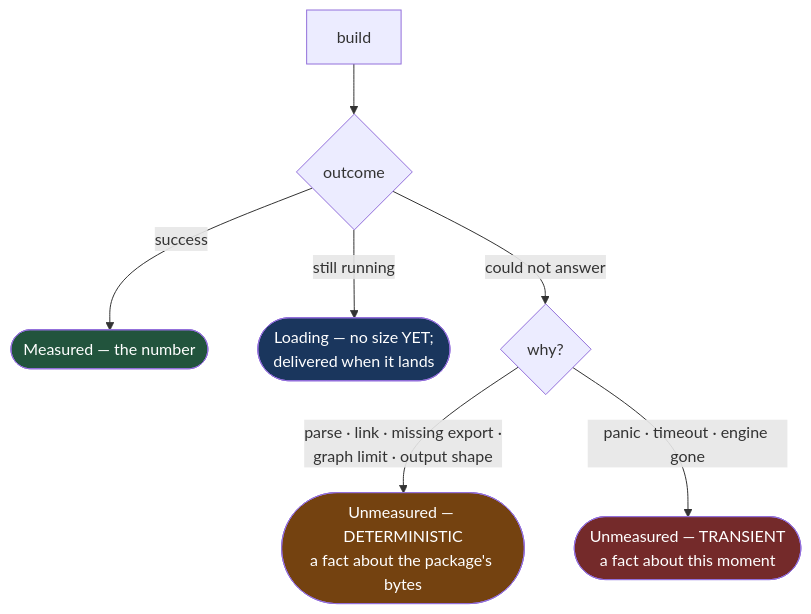
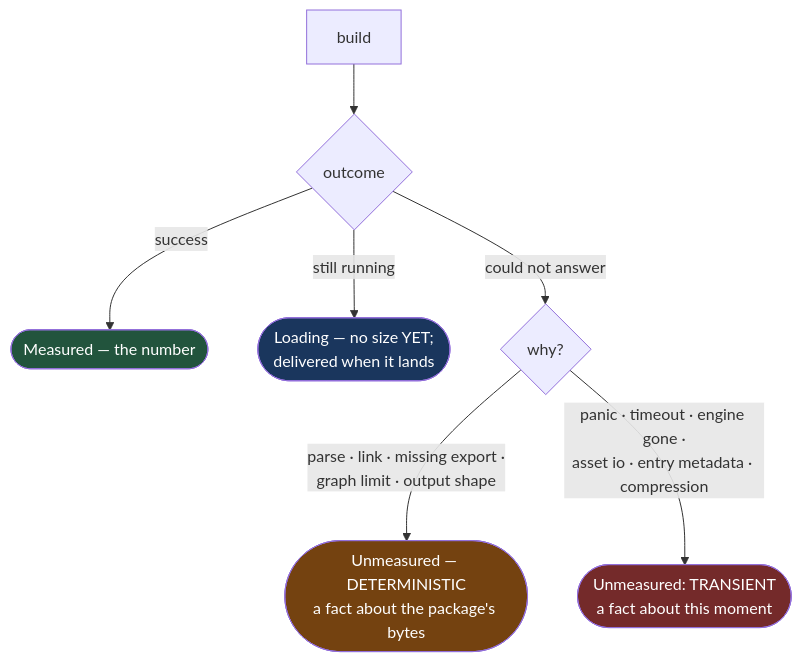
One commit to ehsan18t/import-lens changed the fourth of 4 diagrams in docs/bundler-architecture.md. Above: the diagram before and after it, drawn with Mermaid. The commit also changed other lines of this file and 9 other files, not shown here.

````diff
--- a/docs/bundler-architecture.md
+++ b/docs/bundler-architecture.md
@@ -471,14 +473,14 @@
 ```mermaid
 graph TD
     B[build] --> R{outcome}
     R -->|success| OK([Measured — the number])
     R -->|"still running"| LOAD([Loading — no size YET;<br/>delivered when it lands])
     R -->|"could not answer"| UN{why?}
     UN -->|"parse · link · missing export ·<br/>graph limit · output shape"| DET([Unmeasured — DETERMINISTIC<br/>a fact about the package's bytes])
-    UN -->|"panic · timeout · engine gone"| TR([Unmeasured — TRANSIENT<br/>a fact about this moment])
+    UN -->|"panic · timeout · engine gone ·<br/>asset io · entry metadata · compression"| TR([Unmeasured: TRANSIENT<br/>a fact about this moment])
 
     style OK fill:#22543d,color:#fff
     style LOAD fill:#1a365d,color:#fff
     style DET fill:#744210,color:#fff
     style TR fill:#742a2a,color:#fff
 ```
````
